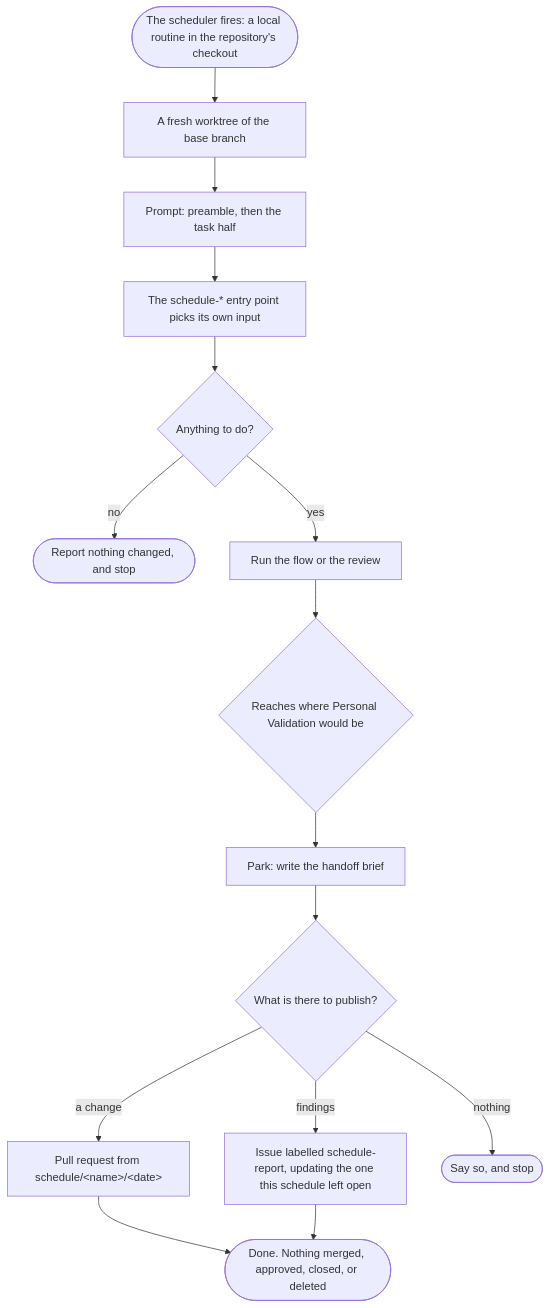
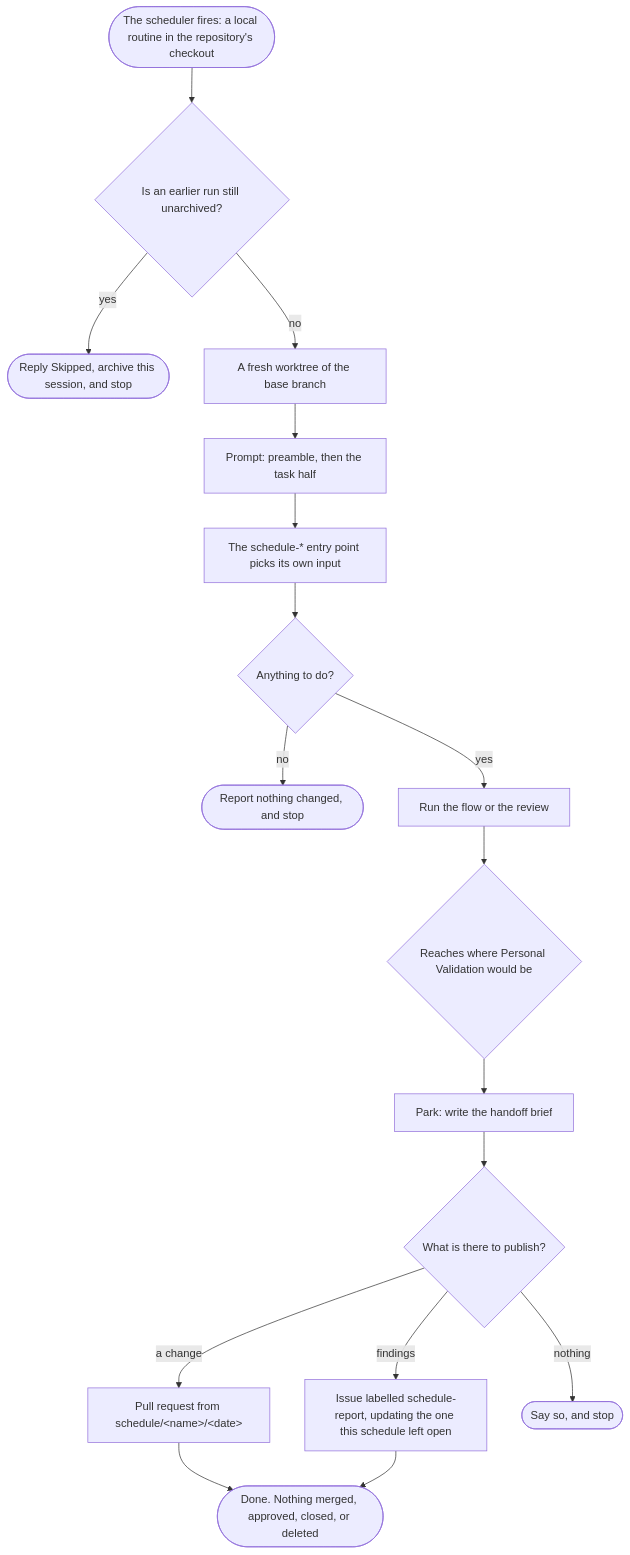
The third of 3 diagrams in .devbook/arc42/building-blocks/delivery-schedule.md (JSdotNet/ai-agent-stack), drawn with Mermaid before and after one commit. The commit also changed other lines of this file and 5 other files, not shown here.

First line of the commit message:
delivery-schedule: skip a run while the previous one is unarchived

````diff
--- a/.devbook/arc42/building-blocks/delivery-schedule.md
+++ b/.devbook/arc42/building-blocks/delivery-schedule.md
@@ -600,17 +601,19 @@
 ```mermaid
 flowchart TD
-    fire(["The scheduler fires: a local routine in the repository's checkout"]) --> worktree["A fresh worktree of the base branch"]
+    fire(["The scheduler fires: a local routine in the repository's checkout"]) --> pickup{"Is an earlier run still unarchived?"}
+    pickup -->|yes| skip(["Reply Skipped, archive this session, and stop"])
+    pickup -->|no| worktree["A fresh worktree of the base branch"]
     worktree --> preamble["Prompt: preamble, then the task half"]
     preamble --> entry["The schedule-* entry point picks its own input"]
     entry --> none{"Anything to do?"}
     none -->|no| quiet(["Report nothing changed, and stop"])
     none -->|yes| work["Run the flow or the review"]
     work --> gate{"Reaches where Personal Validation would be"}
     gate --> park["Park: write the handoff brief"]
     park --> land{"What is there to publish?"}
     land -->|a change| pr["Pull request from schedule/&lt;name&gt;/&lt;date&gt;"]
     land -->|findings| issue["Issue labelled schedule-report, updating the one this schedule left open"]
     land -->|nothing| silent(["Say so, and stop"])
     pr --> done(["Done. Nothing merged, approved, closed, or deleted"])
     issue --> done
 ```
````
